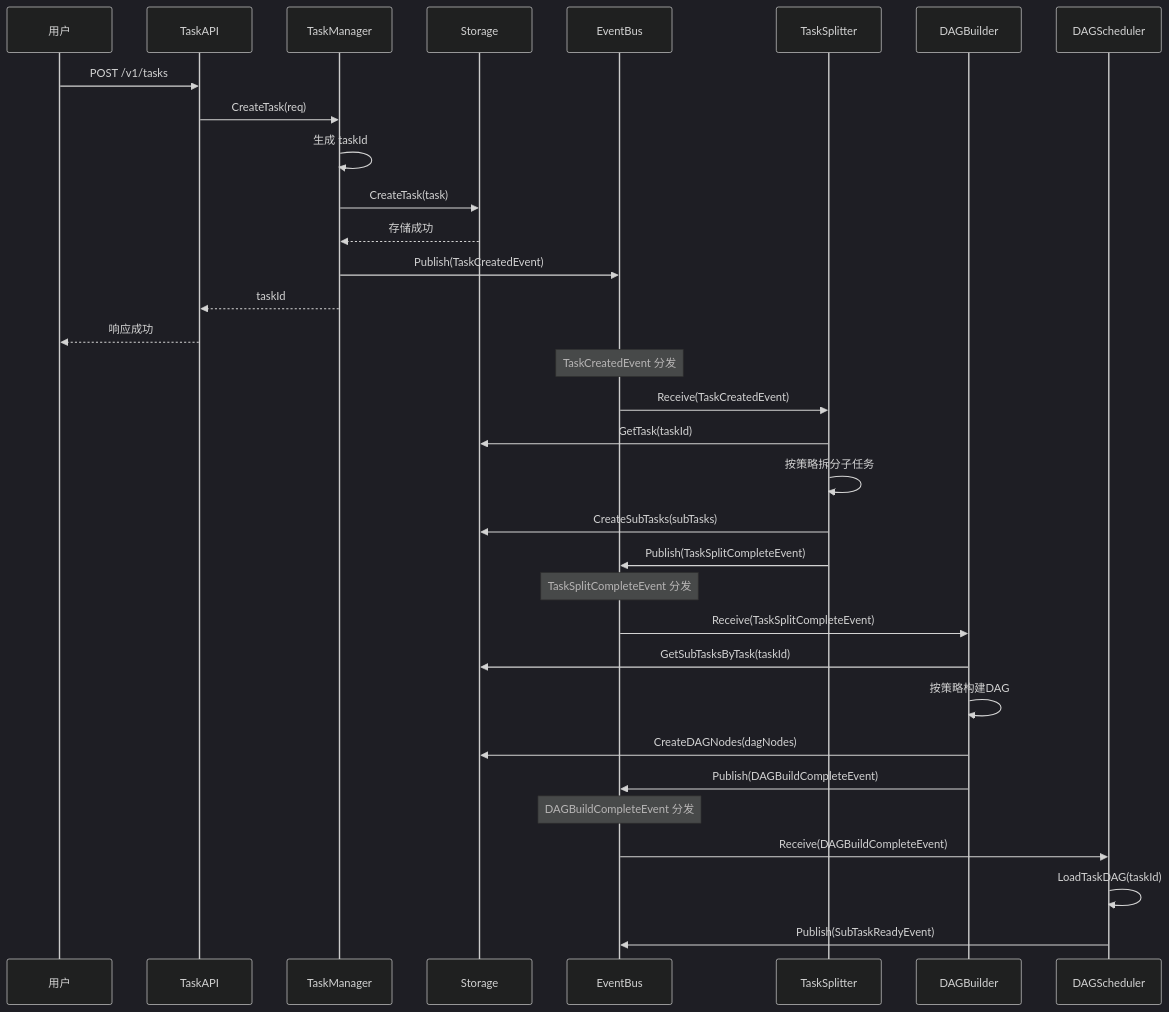
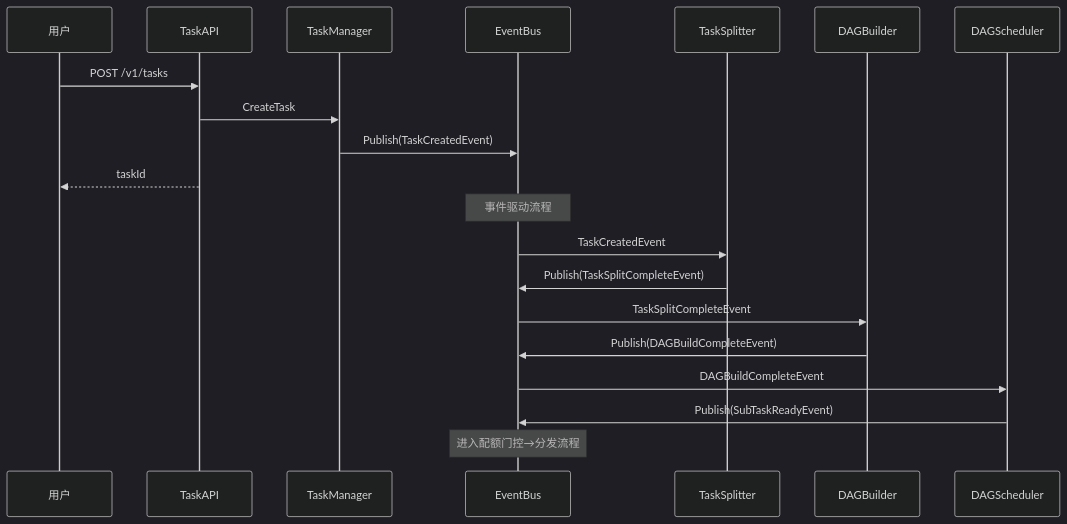
Before and after one commit to njuxumq/agent-eval-server: the fourth of 8 diagrams in docs/designs/模块设计文档.md, drawn with Mermaid (dark theme). The commit also changed other lines of this file and 15 other files, not shown here.

````diff
--- a/docs/designs/模块设计文档.md
+++ b/docs/designs/模块设计文档.md
@@ -931,42 +355,28 @@
 ```mermaid
 sequenceDiagram
     participant User as 用户
     participant API as TaskAPI
     participant TM as TaskManager
-    participant Storage as Storage
     participant EB as EventBus
-    participant SP as TaskSplitter
-    participant DB as DAGBuilder
-    participant DS as DAGScheduler
+    participant Splitter as TaskSplitter
+    participant Builder as DAGBuilder
+    participant Scheduler as DAGScheduler
 
     User->>API: POST /v1/tasks
-    API->>TM: CreateTask(req)
-    TM->>TM: 生成 taskId
-    TM->>Storage: CreateTask(task)
-    Storage-->>TM: 存储成功
+    API->>TM: CreateTask
     TM->>EB: Publish(TaskCreatedEvent)
-    TM-->>API: taskId
-    API-->>User: 响应成功
+    API-->>User: taskId
 
-    Note over EB: TaskCreatedEvent 分发
+    Note over EB: 事件驱动流程
 
-    EB->>SP: Receive(TaskCreatedEvent)
-    SP->>Storage: GetTask(taskId)
-    SP->>SP: 按策略拆分子任务
-    SP->>Storage: CreateSubTasks(subTasks)
-    SP->>EB: Publish(TaskSplitCompleteEvent)
+    EB->>Splitter: TaskCreatedEvent
+    Splitter->>EB: Publish(TaskSplitCompleteEvent)
 
-    Note over EB: TaskSplitCompleteEvent 分发
+    EB->>Builder: TaskSplitCompleteEvent
+    Builder->>EB: Publish(DAGBuildCompleteEvent)
 
-    EB->>DB: Receive(TaskSplitCompleteEvent)
-    DB->>Storage: GetSubTasksByTask(taskId)
-    DB->>DB: 按策略构建DAG
-    DB->>Storage: CreateDAGNodes(dagNodes)
-    DB->>EB: Publish(DAGBuildCompleteEvent)
+    EB->>Scheduler: DAGBuildCompleteEvent
+    Scheduler->>EB: Publish(SubTaskReadyEvent)
 
-    Note over EB: DAGBuildCompleteEvent 分发
-
-    EB->>DS: Receive(DAGBuildCompleteEvent)
-    DS->>DS: LoadTaskDAG(taskId)
-    DS->>EB: Publish(SubTaskReadyEvent)
+    Note over EB: 进入配额门控→分发流程
 ```
````
